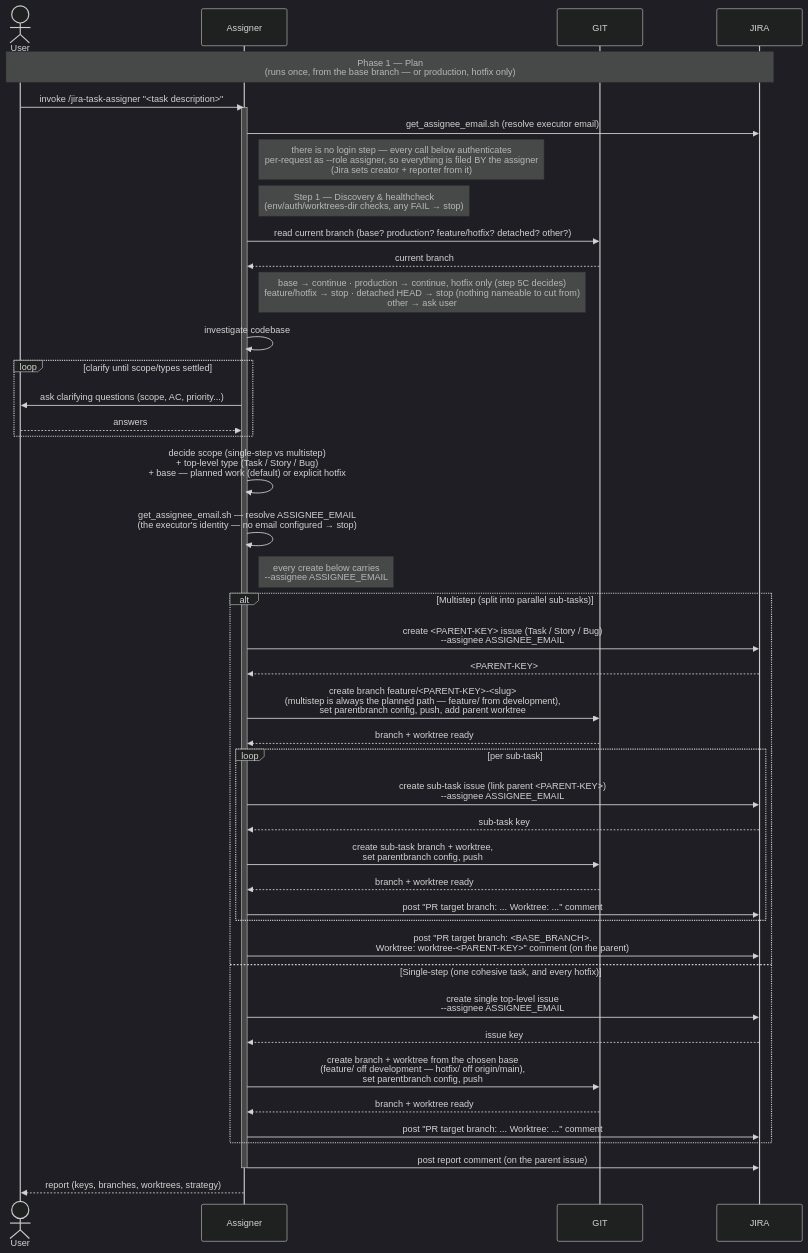
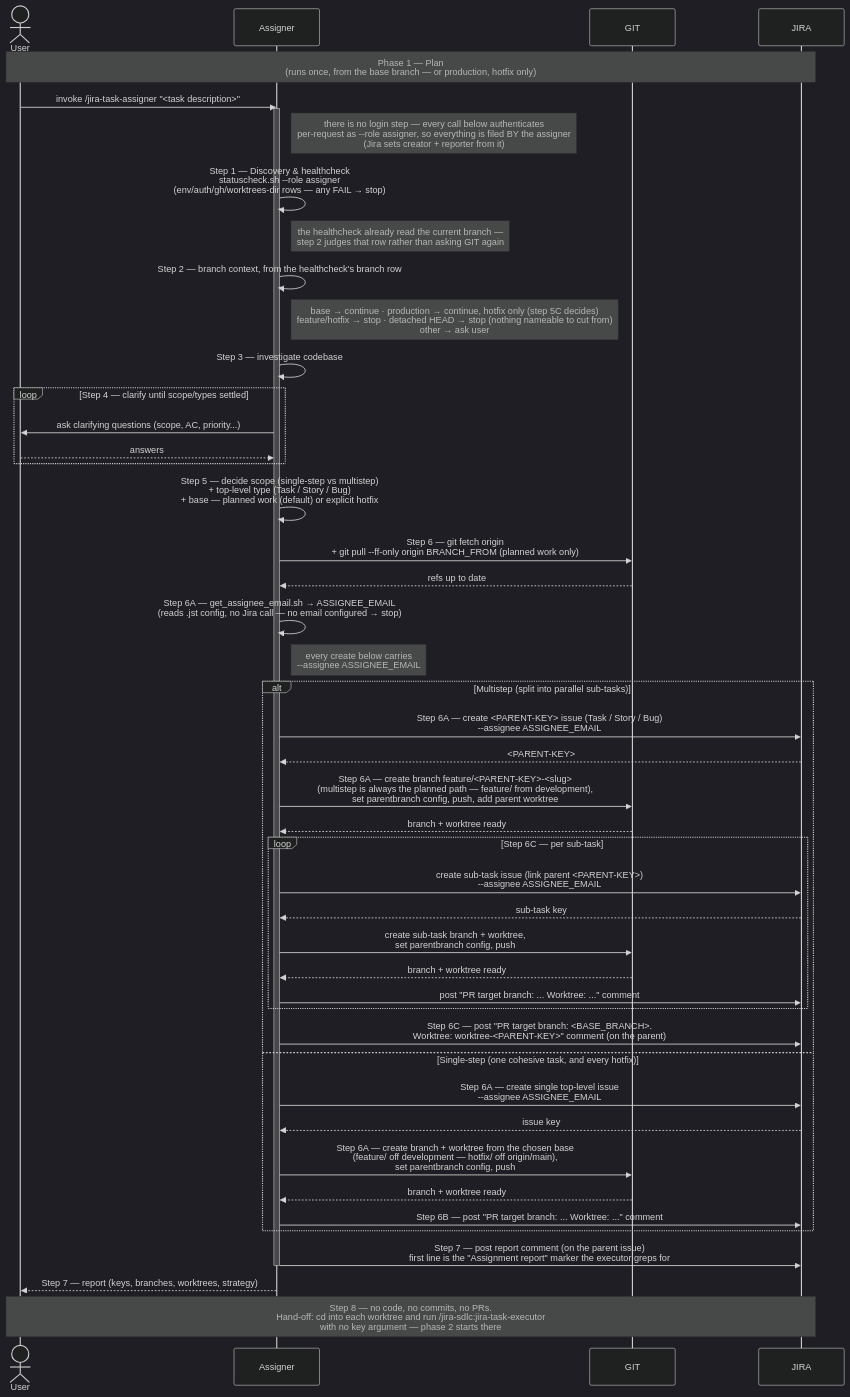
The diagram in docs/task-lifecycle/TASK-LIFECYCLE-PHASE-1.md (kantorv/jira-sdlc-tools), drawn with Mermaid (dark theme) before and after one commit. The commit also changed other lines of this file and 7 other files, not shown here.

First line of the commit message:
JST-297 reconcile the three lifecycle diagrams with the skills

````diff
--- a/docs/task-lifecycle/TASK-LIFECYCLE-PHASE-1.md
+++ b/docs/task-lifecycle/TASK-LIFECYCLE-PHASE-1.md
@@ -33,54 +35,56 @@
 ```mermaid
 sequenceDiagram
     actor User
     participant Assigner
     participant GIT
     participant JIRA
 
     Note over User,JIRA: Phase 1 — Plan<br/>(runs once, from the base branch — or production, hotfix only)
     User->>Assigner: invoke /jira-task-assigner "<task description>"
 
     activate Assigner
-    Assigner->>JIRA: get_assignee_email.sh (resolve executor email)
     Note right of Assigner: there is no login step — every call below authenticates<br/>per-request as --role assigner, so everything is filed BY the assigner<br/>(Jira sets creator + reporter from it)
-    Note right of Assigner: Step 1 — Discovery & healthcheck<br/>(env/auth/worktrees-dir checks, any FAIL → stop)
-    Assigner->>GIT: read current branch (base? production? feature/hotfix? detached? other?)
-    GIT-->>Assigner: current branch
+    Assigner->>Assigner: Step 1 — Discovery & healthcheck<br/>statuscheck.sh --role assigner<br/>(env/auth/gh/worktrees-dir rows — any FAIL → stop)
+    Note right of Assigner: the healthcheck already read the current branch —<br/>step 2 judges that row rather than asking GIT again
+    Assigner->>Assigner: Step 2 — branch context, from the healthcheck's branch row
     Note right of Assigner: base → continue · production → continue, hotfix only (step 5C decides)<br/>feature/hotfix → stop · detached HEAD → stop (nothing nameable to cut from)<br/>other → ask user
-    Assigner->>Assigner: investigate codebase
+    Assigner->>Assigner: Step 3 — investigate codebase
 
-    loop clarify until scope/types settled
+    loop Step 4 — clarify until scope/types settled
         Assigner->>User: ask clarifying questions (scope, AC, priority...)
         User-->>Assigner: answers
     end
 
-    Assigner->>Assigner: decide scope (single-step vs multistep)<br/>+ top-level type (Task / Story / Bug)<br/>+ base — planned work (default) or explicit hotfix
+    Assigner->>Assigner: Step 5 — decide scope (single-step vs multistep)<br/>+ top-level type (Task / Story / Bug)<br/>+ base — planned work (default) or explicit hotfix
 
-    Assigner->>Assigner: get_assignee_email.sh — resolve ASSIGNEE_EMAIL<br/>(the executor's identity — no email configured → stop)
+    Assigner->>GIT: Step 6 — git fetch origin<br/>+ git pull --ff-only origin BRANCH_FROM (planned work only)
+    GIT-->>Assigner: refs up to date
+    Assigner->>Assigner: Step 6A — get_assignee_email.sh → ASSIGNEE_EMAIL<br/>(reads .jst config, no Jira call — no email configured → stop)
     Note right of Assigner: every create below carries<br/>--assignee ASSIGNEE_EMAIL
 
     alt Multistep (split into parallel sub-tasks)
-        Assigner->>JIRA: create <PARENT-KEY> issue (Task / Story / Bug)<br/>--assignee ASSIGNEE_EMAIL
+        Assigner->>JIRA: Step 6A — create <PARENT-KEY> issue (Task / Story / Bug)<br/>--assignee ASSIGNEE_EMAIL
         JIRA-->>Assigner: <PARENT-KEY>
-        Assigner->>GIT: create branch feature/<PARENT-KEY>-<slug><br/>(multistep is always the planned path — feature/ from development),<br/>set parentbranch config, push, add parent worktree
+        Assigner->>GIT: Step 6A — create branch feature/<PARENT-KEY>-<slug><br/>(multistep is always the planned path — feature/ from development),<br/>set parentbranch config, push, add parent worktree
         GIT-->>Assigner: branch + worktree ready
-        loop per sub-task
+        loop Step 6C — per sub-task
             Assigner->>JIRA: create sub-task issue (link parent <PARENT-KEY>)<br/>--assignee ASSIGNEE_EMAIL
             JIRA-->>Assigner: sub-task key
             Assigner->>GIT: create sub-task branch + worktree,<br/>set parentbranch config, push
             GIT-->>Assigner: branch + worktree ready
             Assigner->>JIRA: post "PR target branch: ... Worktree: ..." comment
         end
-        Assigner->>JIRA: post "PR target branch: <BASE_BRANCH>.<br/>Worktree: worktree-<PARENT-KEY>" comment (on the parent)
+        Assigner->>JIRA: Step 6C — post "PR target branch: <BASE_BRANCH>.<br/>Worktree: worktree-<PARENT-KEY>" comment (on the parent)
     else Single-step (one cohesive task, and every hotfix)
-        Assigner->>JIRA: create single top-level issue<br/>--assignee ASSIGNEE_EMAIL
+        Assigner->>JIRA: Step 6A — create single top-level issue<br/>--assignee ASSIGNEE_EMAIL
         JIRA-->>Assigner: issue key
-        Assigner->>GIT: create branch + worktree from the chosen base<br/>(feature/ off development — hotfix/ off origin/main),<br/>set parentbranch config, push
+        Assigner->>GIT: Step 6A — create branch + worktree from the chosen base<br/>(feature/ off development — hotfix/ off origin/main),<br/>set parentbranch config, push
         GIT-->>Assigner: branch + worktree ready
-        Assigner->>JIRA: post "PR target branch: ... Worktree: ..." comment
+        Assigner->>JIRA: Step 6B — post "PR target branch: ... Worktree: ..." comment
     end
-    Assigner->>JIRA: post report comment (on the parent issue)
+    Assigner->>JIRA: Step 7 — post report comment (on the parent issue)<br/>first line is the "Assignment report" marker the executor greps for
     deactivate Assigner
 
-    Assigner-->>User: report (keys, branches, worktrees, strategy)
+    Assigner-->>User: Step 7 — report (keys, branches, worktrees, strategy)
+    Note over User,JIRA: Step 8 — no code, no commits, no PRs.<br/>Hand-off: cd into each worktree and run /jira-sdlc:jira-task-executor<br/>with no key argument — phase 2 starts there
 ```
````
